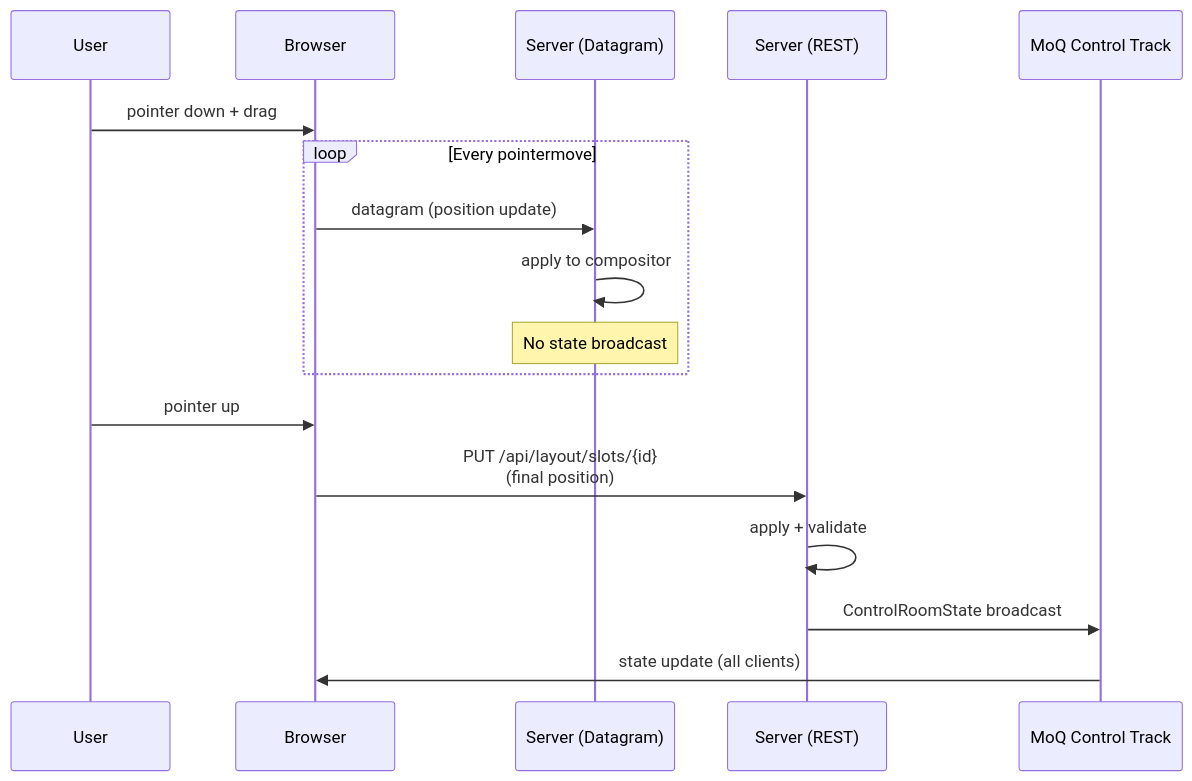
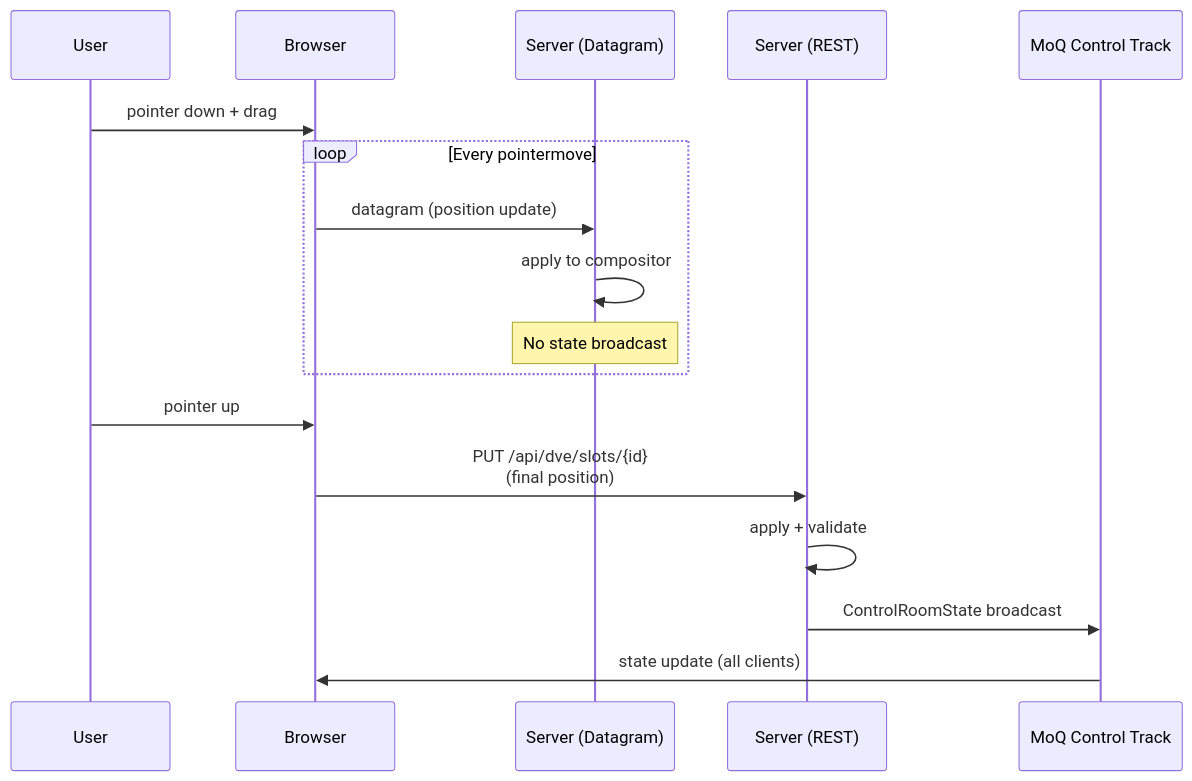
One commit to qvest-digital/dmf-mf-switchframe changed the fourth of 4 diagrams in docs/fast-control.md. Above: the diagram before and after it, drawn with Mermaid. The commit also changed other lines of this file and 68 other files, not shown here.

First line of the commit message:
feat: Consolidate layout/ into DVE as single compositor

````diff
--- a/docs/fast-control.md
+++ b/docs/fast-control.md
@@ -317,20 +480,20 @@
 ```mermaid
 sequenceDiagram
     participant User
     participant Browser
     participant Server as Server (Datagram)
     participant REST as Server (REST)
     participant MoQ as MoQ Control Track
 
     User->>Browser: pointer down + drag
     loop Every pointermove
         Browser->>Server: datagram (position update)
         Server->>Server: apply to compositor
         Note over Server: No state broadcast
     end
     User->>Browser: pointer up
-    Browser->>REST: PUT /api/layout/slots/{id}<br/>(final position)
+    Browser->>REST: PUT /api/dve/slots/{id}<br/>(final position)
     REST->>REST: apply + validate
     REST->>MoQ: ControlRoomState broadcast
     MoQ->>Browser: state update (all clients)
 ```
````
